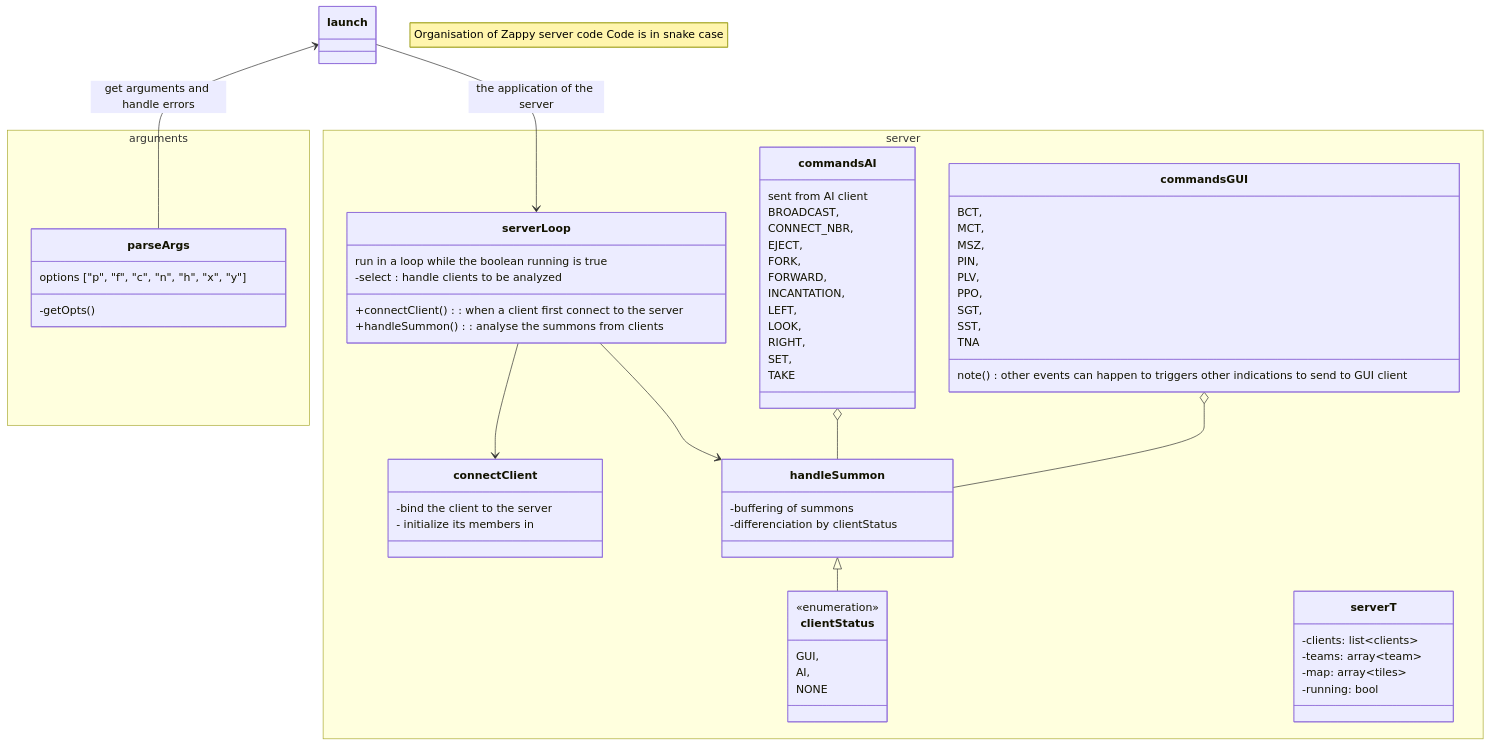
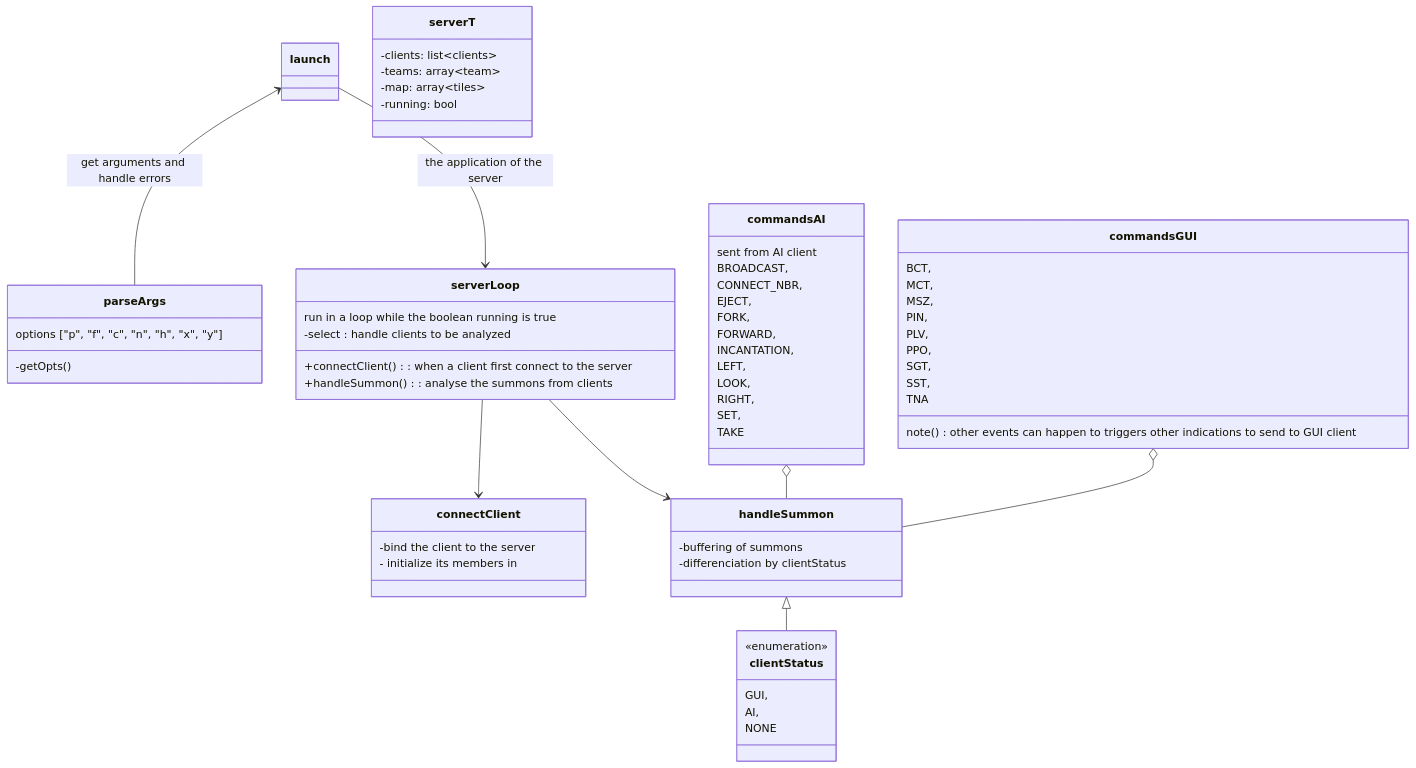
The third of 3 diagrams in docs/Relations.md (Lukacms/Zappy), drawn with Mermaid before and after one commit. The commit also changed 2 other files, not shown here.

Commit message:
[MODIFY] docs => some various fixes

````diff
--- a/docs/Relations.md
+++ b/docs/Relations.md
@@ -192,74 +192,69 @@
 ```mermaid
 classDiagram
-    note "Organisation of Zappy server code Code is in snake case"
     launch <-- parseArgs : get arguments and handle errors
     launch --> serverLoop : the application of the server
     link launch "https://github.com/Lukacms/Zappy/blob/main/server/src/launch.c"
     serverLoop --> connectClient
     serverLoop --> handleSummon
     link serverLoop "https://github.com/Lukacms/Zappy/blob/main/server/src/server/server_loop.c"
     link parseArgs "https://github.com/Lukacms/Zappy/blob/main/server/src/load/parse_args.c"
-    namespace arguments {
-        class parseArgs {
-            options ["p", "f", "c", "n", "h", "x", "y"]
-            -getOpts()
-        }
+    class parseArgs {
+        options ["p", "f", "c", "n", "h", "x", "y"]
+        -getOpts()
     }
     handleSummon <|-- clientStatus
     commandsAI o-- handleSummon
     commandsGUI o-- handleSummon
-    namespace server {
-        class serverLoop {
-            +connectClient() : when a client first connect to the server
-            +handleSummon() : analyse the summons from clients
-            run in a loop while the boolean running is true
-            -select : handle clients to be analyzed
-        }
-        class connectClient {
-            -bind the client to the server
-            - initialize its members in 
-        }
-        class handleSummon {
-            -buffering of summons
-            -differenciation by clientStatus
-        }
-        class clientStatus {
-            <<enumeration>>
-            GUI,
-            AI,
-            NONE
-        }
-        class commandsAI {
-            sent from AI client
-            BROADCAST,
-            CONNECT_NBR,
-            EJECT,
-            FORK,
-            FORWARD,
-            INCANTATION,
-            LEFT,
-            LOOK,
-            RIGHT,
-            SET,
-            TAKE            
-        }
-        class commandsGUI {
-            BCT,
-            MCT,
-            MSZ,
-            PIN,
-            PLV,
-            PPO,
-            SGT,
-            SST,
-            TNA
-            note() other events can happen to triggers other indications to send to GUI client
-        }
-        class serverT {
-            -clients: list~clients~
-            -teams: array~team~
-            -map: array~tiles~
-            -running: bool
-        }
+    class serverLoop {
+        +connectClient() : when a client first connect to the server
+        +handleSummon() : analyse the summons from clients
+        run in a loop while the boolean running is true
+        -select : handle clients to be analyzed
+    }
+    class connectClient {
+        -bind the client to the server
+        - initialize its members in 
+    }
+    class handleSummon {
+        -buffering of summons
+        -differenciation by clientStatus
+    }
+    class clientStatus {
+        <<enumeration>>
+        GUI,
+        AI,
+        NONE
+    }
+    class commandsAI {
+        sent from AI client
+        BROADCAST,
+        CONNECT_NBR,
+        EJECT,
+        FORK,
+        FORWARD,
+        INCANTATION,
+        LEFT,
+        LOOK,
+        RIGHT,
+        SET,
+        TAKE            
+    }
+    class commandsGUI {
+        BCT,
+        MCT,
+        MSZ,
+        PIN,
+        PLV,
+        PPO,
+        SGT,
+        SST,
+        TNA
+        note() other events can happen to triggers other indications to send to GUI client
+    }
+    class serverT {
+        -clients: list~clients~
+        -teams: array~team~
+        -map: array~tiles~
+        -running: bool
     }
 ```
````
